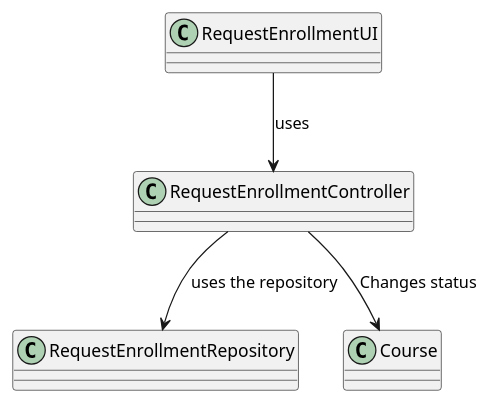
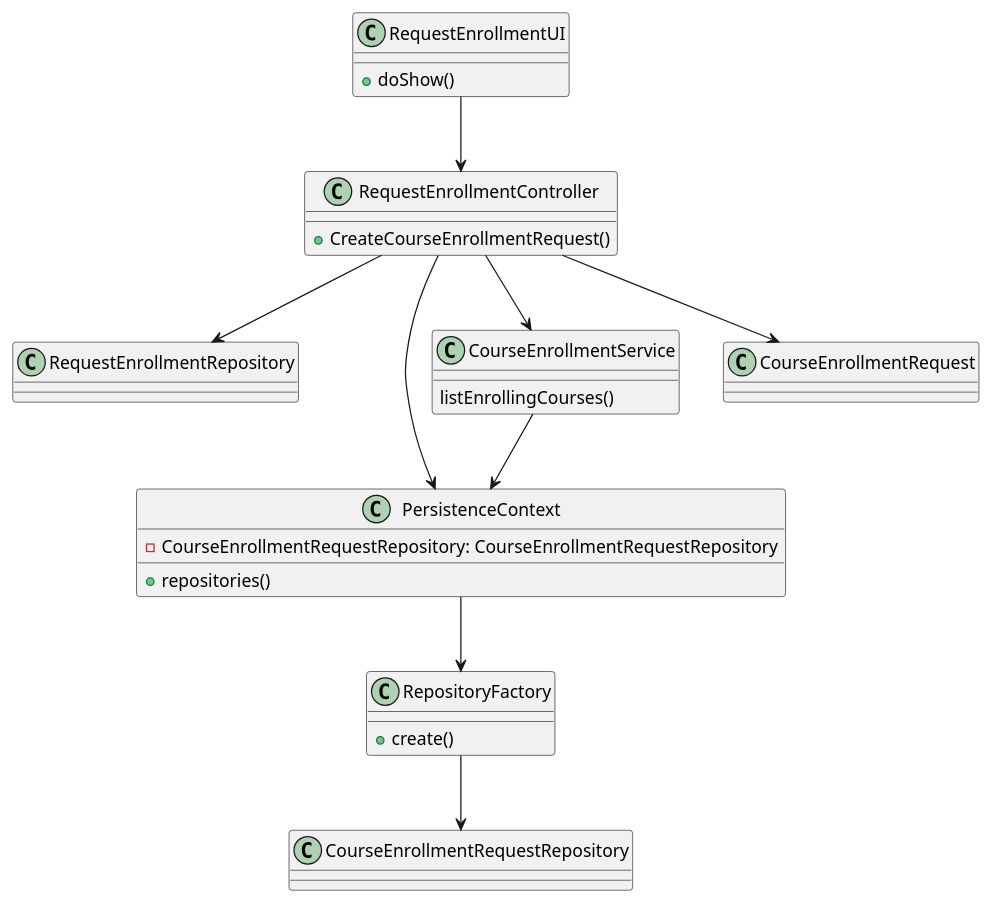
One commit to mascenso/isep-sem4-lapr4 changed the diagram in docs/SPRINT B/US1008 - Request Enrollment Course/US1008-CD.puml. Above: the diagram before and after it, drawn with PlantUML. The commit also changed 8 other files, not shown here.

```diff
--- a/docs/SPRINT B/US1008 - Request Enrollment Course/US1008-CD.puml
+++ b/docs/SPRINT B/US1008 - Request Enrollment Course/US1008-CD.puml
@@ -1,19 +1,42 @@
 @startuml
 
 class RequestEnrollmentUI {
+    +doShow()
 }
 
 class RequestEnrollmentController {
+    +CreateCourseEnrollmentRequest()
 }
 
 class RequestEnrollmentRepository {
 }
 
-class Course {
+class PersistenceContext {
+    -CourseEnrollmentRequestRepository: CourseEnrollmentRequestRepository
+    +repositories()
 }
 
-RequestEnrollmentUI --> RequestEnrollmentController: uses
-RequestEnrollmentController --> RequestEnrollmentRepository: uses the repository
-RequestEnrollmentController --> Course: Changes status
+class RepositoryFactory {
+    +create()
+}
+
+class CourseEnrollmentService {
+    listEnrollingCourses()
+}
+
+class CourseEnrollmentRequest {
+}
+
+class CourseEnrollmentRequestRepository {
+}
+
+RequestEnrollmentUI --> RequestEnrollmentController
+RequestEnrollmentController --> RequestEnrollmentRepository
+RequestEnrollmentController --> PersistenceContext
+RequestEnrollmentController --> CourseEnrollmentService
+CourseEnrollmentService --> PersistenceContext
+PersistenceContext --> RepositoryFactory
+RepositoryFactory --> CourseEnrollmentRequestRepository
+RequestEnrollmentController --> CourseEnrollmentRequest
 
 @enduml
```
